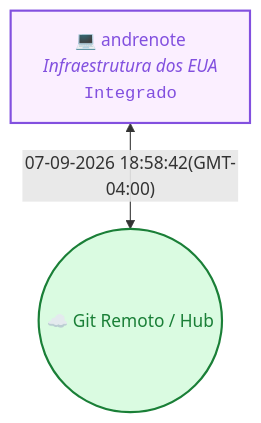
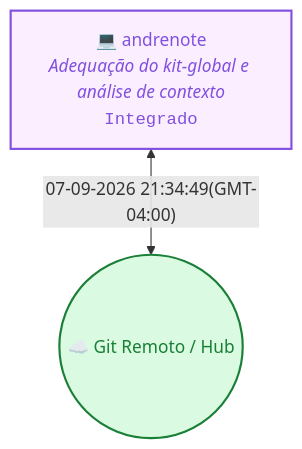
One commit to vitalia-platform/vitalia-sdd-context changed the diagram in README.md. Above: the diagram before and after it, drawn with Mermaid. The commit also changed other lines of this file and 10 other files, not shown here.

````diff
--- a/README.md
+++ b/README.md
@@ -20,8 +20,8 @@
 ```mermaid
 flowchart TD
   Cloud(("☁️ Git Remoto / Hub"))
-  M_7f367bd3["💻 andrenote<br/><i>Infraestrutura dos EUA</i><br/><code>Integrado</code>"]
-  M_7f367bd3 <-->|"07-09-2026 18:58:42(GMT-04:00)"| Cloud
+  M_7f367bd3["💻 andrenote<br/><i>Adequação do kit-global e análise de contexto</i><br/><code>Integrado</code>"]
+  M_7f367bd3 <-->|"07-09-2026 21:34:49(GMT-04:00)"| Cloud
   style M_7f367bd3 stroke:#8250df,stroke-width:2px,fill:#fbefff,color:#8250df
   style Cloud stroke:#1a7f37,stroke-width:2px,fill:#dafbe1,color:#1a7f37
 ```
````
